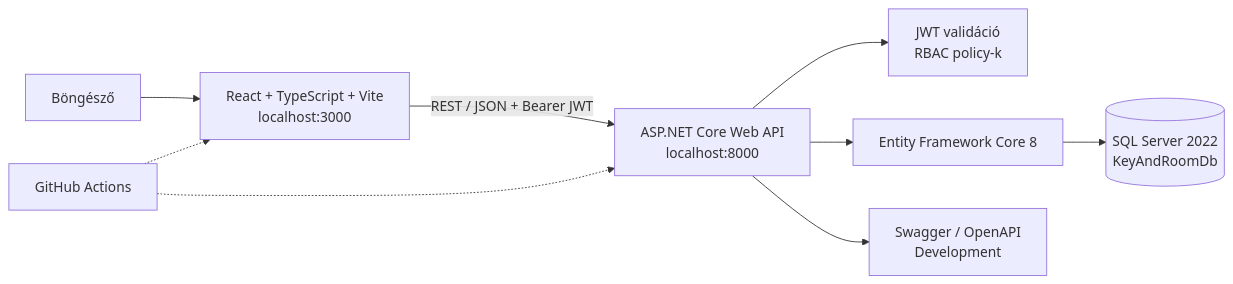
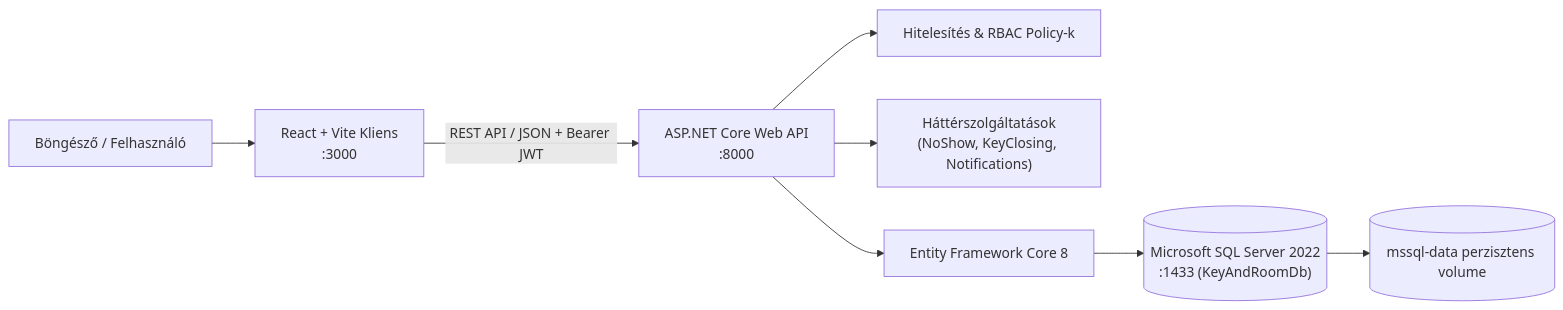
One commit to CsKitti24/ProjektLabor changed the first of 2 diagrams in README.md. Above: the diagram before and after it, drawn with Mermaid. The commit also changed other lines of this file and 37 other files, not shown here.

````diff
--- a/README.md
+++ b/README.md
@@ -32,11 +36,10 @@
 ```mermaid
 flowchart LR
-    Browser["Böngésző"] --> Frontend["React + TypeScript + Vite<br/>localhost:3000"]
-    Frontend -->|REST / JSON + Bearer JWT| API["ASP.NET Core Web API<br/>localhost:8000"]
-    API --> Auth["JWT validáció<br/>RBAC policy-k"]
+    Browser["Böngésző / Felhasználó"] --> Frontend["React + Vite Kliens<br/>:3000"]
+    Frontend -->|REST API / JSON + Bearer JWT| API["ASP.NET Core Web API<br/>:8000"]
+    API --> Auth["Hitelesítés & RBAC Policy-k"]
+    API --> Services["Háttérszolgáltatások<br/>(NoShow, KeyClosing, Notifications)"]
     API --> EF["Entity Framework Core 8"]
-    EF --> DB[("SQL Server 2022<br/>KeyAndRoomDb")]
-    API --> Swagger["Swagger / OpenAPI<br/>Development"]
-    CI["GitHub Actions"] -.-> API
-    CI -.-> Frontend
+    EF --> DB[("Microsoft SQL Server 2022<br/>:1433 (KeyAndRoomDb)")]
+    DB --> Volume[("mssql-data perzisztens volume")]
 ```
````
